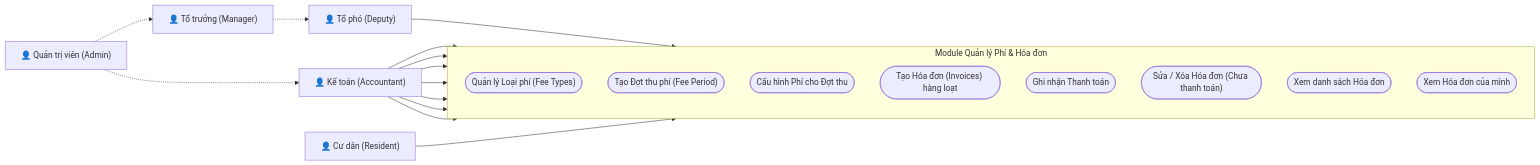
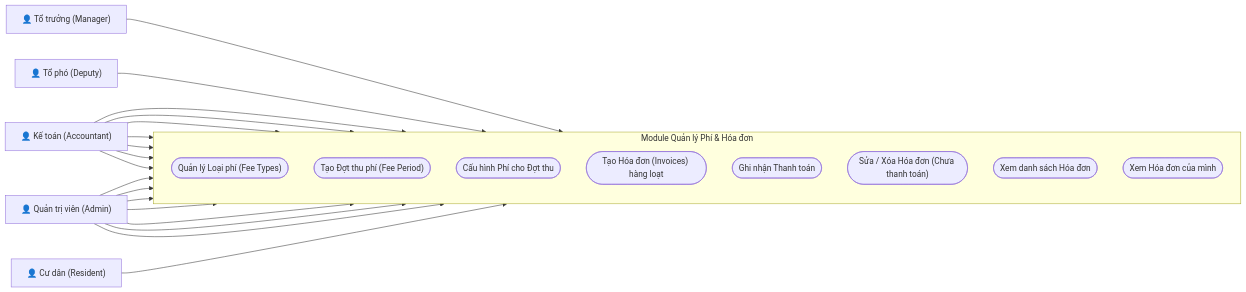
The diagram in specs/usecases/usecase_fees_invoices.md (anhtranguyen-github/DarkSun), drawn with Mermaid before and after one commit. The commit also changed other lines of this file and 4 other files, not shown here.

````diff
--- a/specs/usecases/usecase_fees_invoices.md
+++ b/specs/usecases/usecase_fees_invoices.md
@@ -3,43 +3,48 @@
 ```mermaid
 graph LR
     %% Actors
     Accountant["👤 Kế toán (Accountant)"]
     Admin["👤 Quản trị viên (Admin)"]
     Manager["👤 Tổ trưởng (Manager)"]
     Deputy["👤 Tổ phó (Deputy)"]
     Resident["👤 Cư dân (Resident)"]
 
     %% System
     subgraph Module ["Module Quản lý Phí & Hóa đơn"]
         direction TB
         UC_ManageFeeTypes(["Quản lý Loại phí (Fee Types)"])
         UC_CreatePeriod(["Tạo Đợt thu phí (Fee Period)"])
         UC_ConfigFee(["Cấu hình Phí cho Đợt thu"])
         
         UC_GenInvoice(["Tạo Hóa đơn (Invoices) hàng loạt"])
         UC_RecordPayment(["Ghi nhận Thanh toán"])
         UC_EditInvoice(["Sửa / Xóa Hóa đơn (Chưa thanh toán)"])
         
         UC_ViewAllInvoices(["Xem danh sách Hóa đơn"])
         UC_ViewMyInvoice(["Xem Hóa đơn của mình"])
     end
 
-    %% Inheritance
-    Admin -.-> Accountant
-    Admin -.-> Manager
-    Manager -.-> Deputy
-
-    %% Relationships - Manager/Deputy (View Only)
+    %% Relationships - Staff (View)
+    Manager --> UC_ViewAllInvoices
     Deputy --> UC_ViewAllInvoices
 
-    %% Relationships
+    %% Relationships - Financial Operators (Full Control)
+    Accountant --> UC_ViewAllInvoices
     Accountant --> UC_ManageFeeTypes
     Accountant --> UC_CreatePeriod
     Accountant --> UC_ConfigFee
     Accountant --> UC_GenInvoice
     Accountant --> UC_RecordPayment
     Accountant --> UC_EditInvoice
-    Accountant --> UC_ViewAllInvoices
 
+    Admin --> UC_ViewAllInvoices
+    Admin --> UC_ManageFeeTypes
+    Admin --> UC_CreatePeriod
+    Admin --> UC_ConfigFee
+    Admin --> UC_GenInvoice
+    Admin --> UC_RecordPayment
+    Admin --> UC_EditInvoice
+
+    %% Relationships - Resident
     Resident --> UC_ViewMyInvoice
 ```
````
